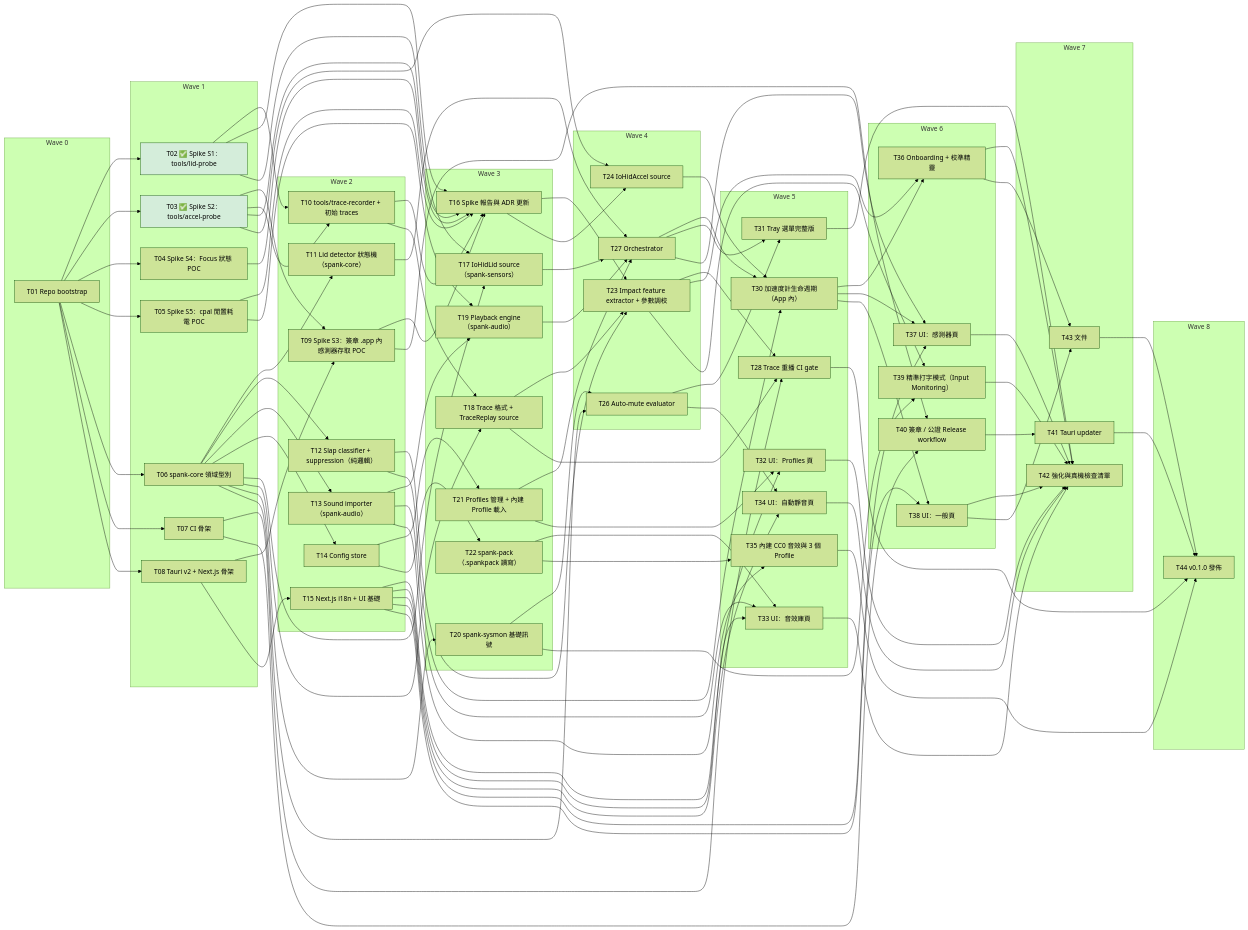
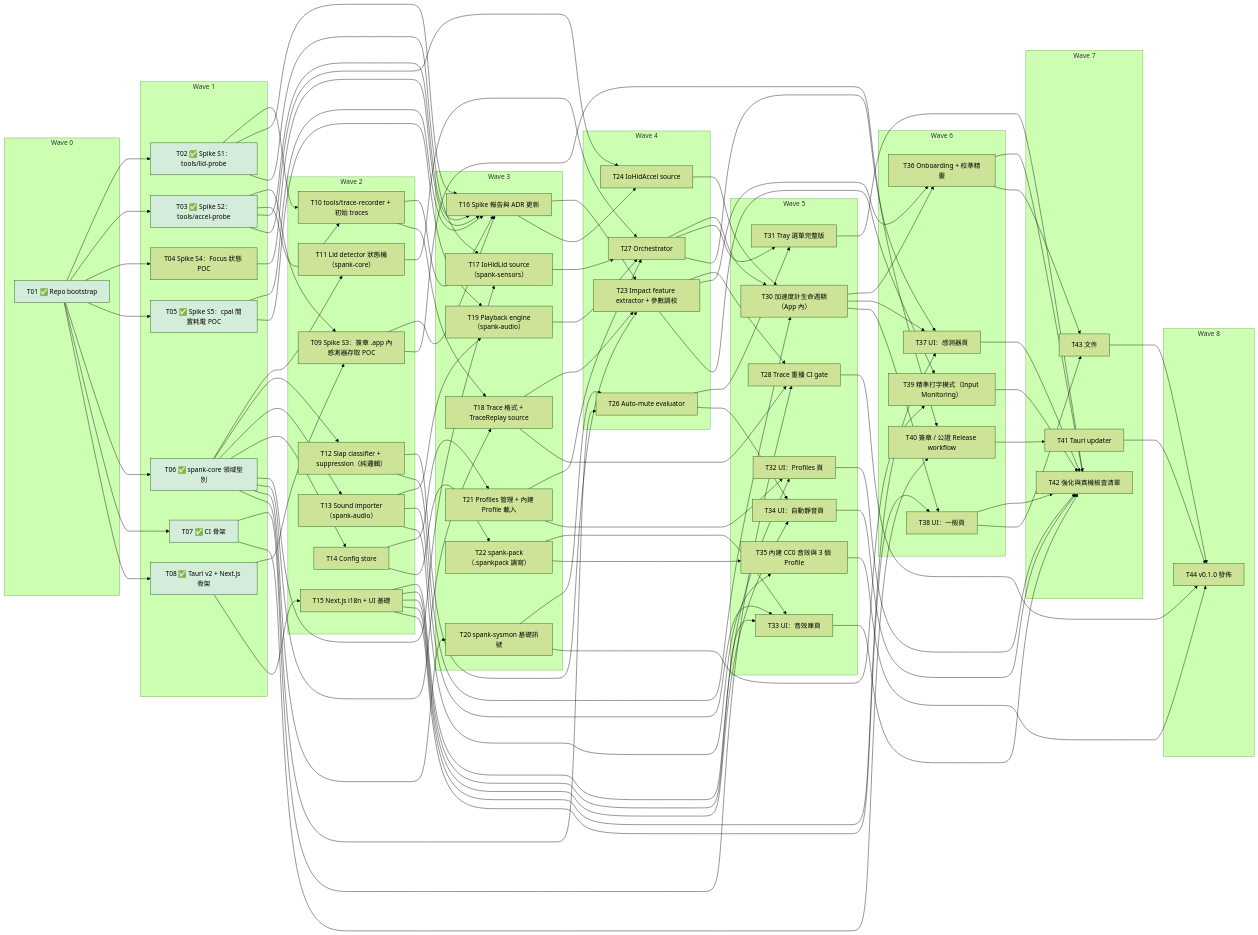
The diagram in docs/tasks.md (kaija/spank), drawn with Mermaid (forest theme) before and after one commit. The commit also changed other lines of this file and 53 other files, not shown here.

First line of the commit message:
feat: complete Wave 0-1 (bootstrap, core types, CI, Tauri scaffold, spikes)

````diff
--- a/docs/tasks.md
+++ b/docs/tasks.md
@@ -23,16 +23,16 @@
 ```mermaid
 flowchart LR
   subgraph W0["Wave 0"]
-    T01["T01 Repo bootstrap"]
+    T01["T01 ✅ Repo bootstrap"]
   end
   subgraph W1["Wave 1"]
     T02["T02 ✅ Spike S1：tools/lid-probe"]
     T03["T03 ✅ Spike S2：tools/accel-probe"]
     T04["T04 Spike S4：Focus 狀態 POC"]
-    T05["T05 Spike S5：cpal 閒置耗電 POC"]
-    T06["T06 spank-core 領域型別"]
-    T07["T07 CI 骨架"]
-    T08["T08 Tauri v2 + Next.js 骨架"]
+    T05["T05 ✅ Spike S5：cpal 閒置耗電 POC"]
+    T06["T06 ✅ spank-core 領域型別"]
+    T07["T07 ✅ CI 骨架"]
+    T08["T08 ✅ Tauri v2 + Next.js 骨架"]
   end
   subgraph W2["Wave 2"]
     T09["T09 Spike S3：簽章 .app 內感測器存取 POC"]
@@ -168,5 +168,10 @@
   T35 --> T44
   T28 --> T44
   style T03 fill:#d4edda
+  style T05 fill:#d4edda
+  style T06 fill:#d4edda
+  style T07 fill:#d4edda
   style T02 fill:#d4edda
+  style T08 fill:#d4edda
+  style T01 fill:#d4edda
 ```
````
